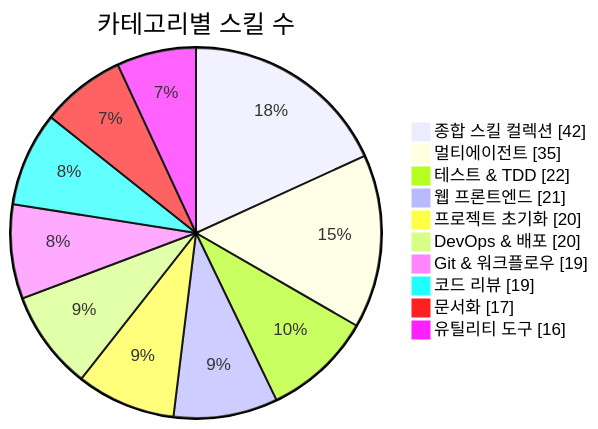
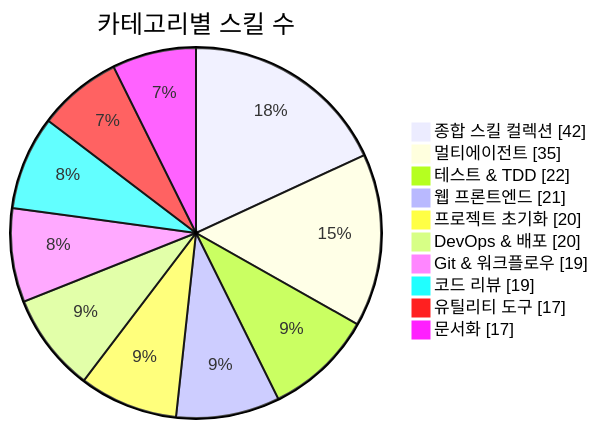
Before and after one commit to J-nowcow/awesome-korean-agent-skills: the first of 3 diagrams in README.md, drawn with Mermaid. The commit also changed other lines of this file and 3 other files, not shown here.

````diff
--- a/README.md
+++ b/README.md
@@ -176,14 +176,14 @@
 ```mermaid
 pie showData
     title 카테고리별 스킬 수
     "종합 스킬 컬렉션" : 42
     "멀티에이전트" : 35
     "테스트 & TDD" : 22
     "웹 프론트엔드" : 21
     "프로젝트 초기화" : 20
     "DevOps & 배포" : 20
     "Git & 워크플로우" : 19
     "코드 리뷰" : 19
+    "유틸리티 도구" : 17
     "문서화" : 17
-    "유틸리티 도구" : 16
 ```
````
